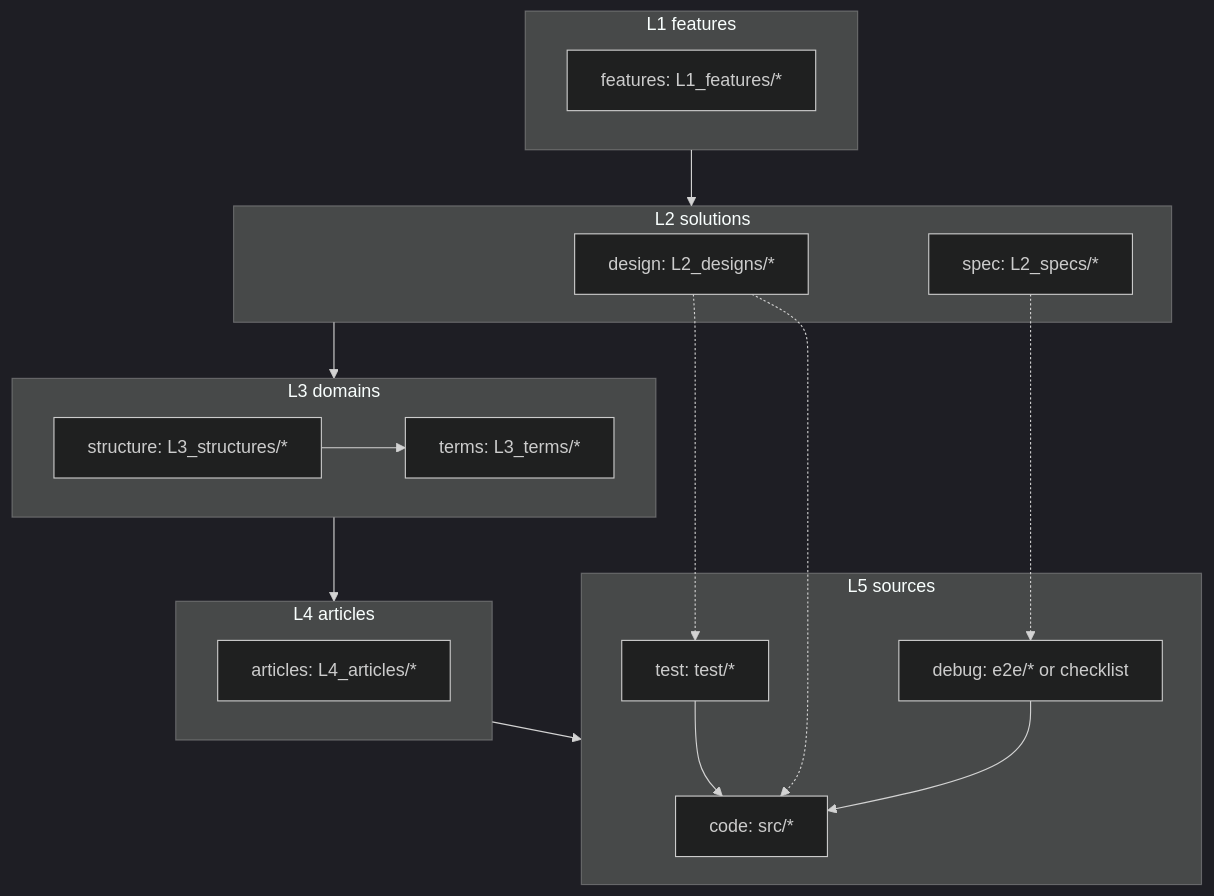
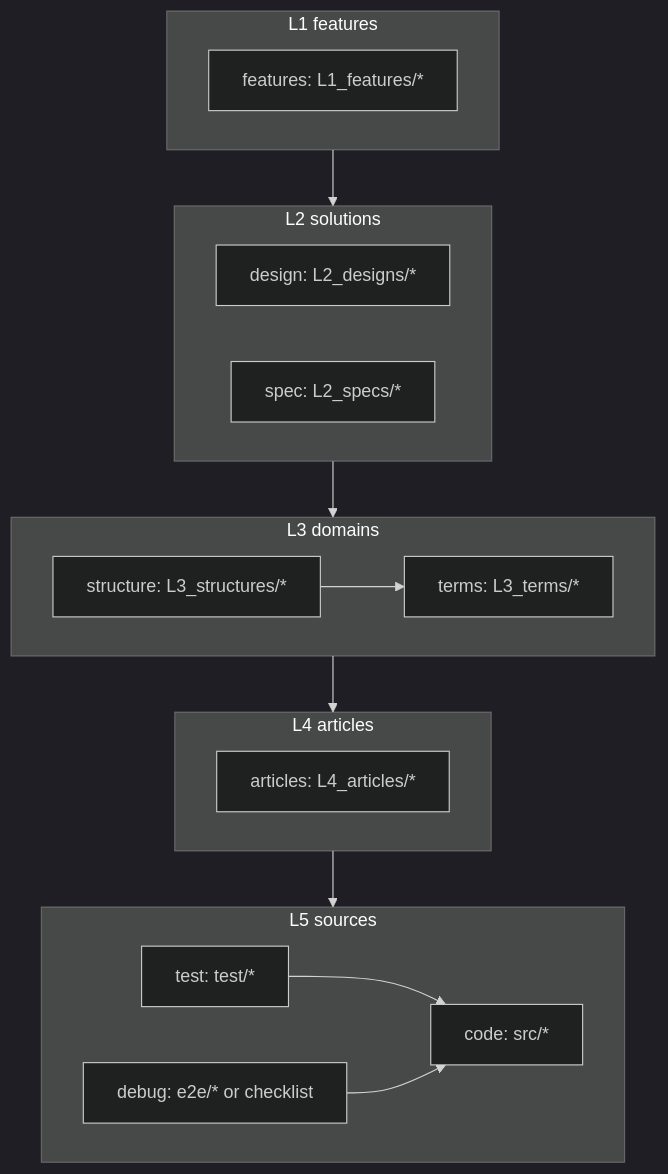
Before and after one commit to gameundwatch/archivist: the first of 4 diagrams in docs/archivist/L3_structures/document-layers.md, drawn with Mermaid (dark theme). The commit also changed other lines of this file and 1 other file, not shown here.

Commit message:
change: 図を分割し、実装とL4参照と通常の参照で分けた

````diff
--- a/docs/archivist/L3_structures/document-layers.md
+++ b/docs/archivist/L3_structures/document-layers.md
@@ -7,29 +7,26 @@
 ```mermaid
 flowchart TD
     subgraph L1[L1 features]
         feature[features: L1_features/*]
     end
     subgraph L2[L2 solutions]
         design[design: L2_designs/*]
         spec[spec: L2_specs/*]
     end
     subgraph L3[L3 domains]
         terms[terms: L3_terms/*]
         structure[structure: L3_structures/*]
     end
     subgraph L4[L4 articles]
         article[articles: L4_articles/*]
     end
     subgraph L5[L5 sources]
         code[code: src/*]
         test[test: test/*]
         debug[debug: e2e/* or checklist]
     end
     L1 --> L2 --> L3 --> L4 --> L5
     structure --> terms
     test --> code
     debug --> code
-    design -.-> code
-    design -.-> test
-    spec -.-> debug
 ```
````
